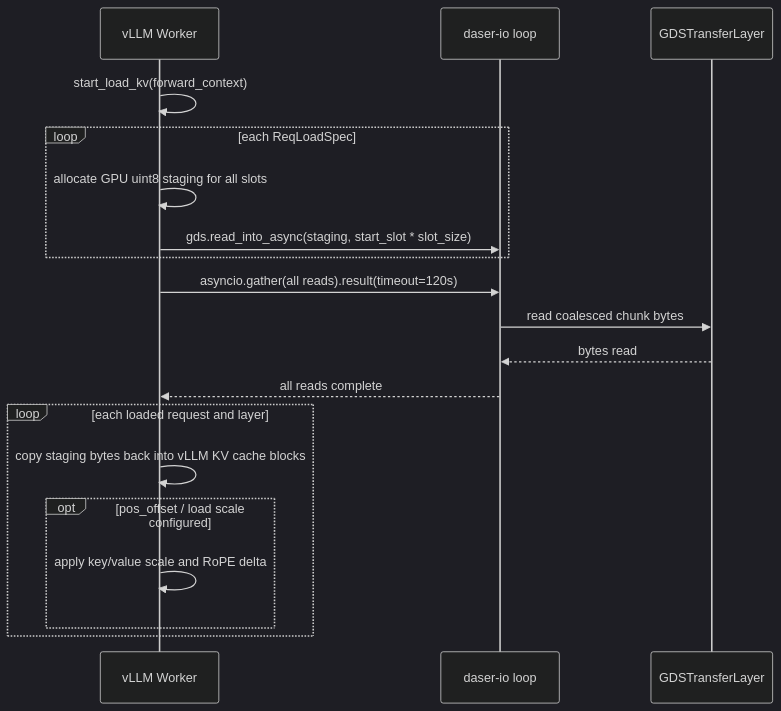
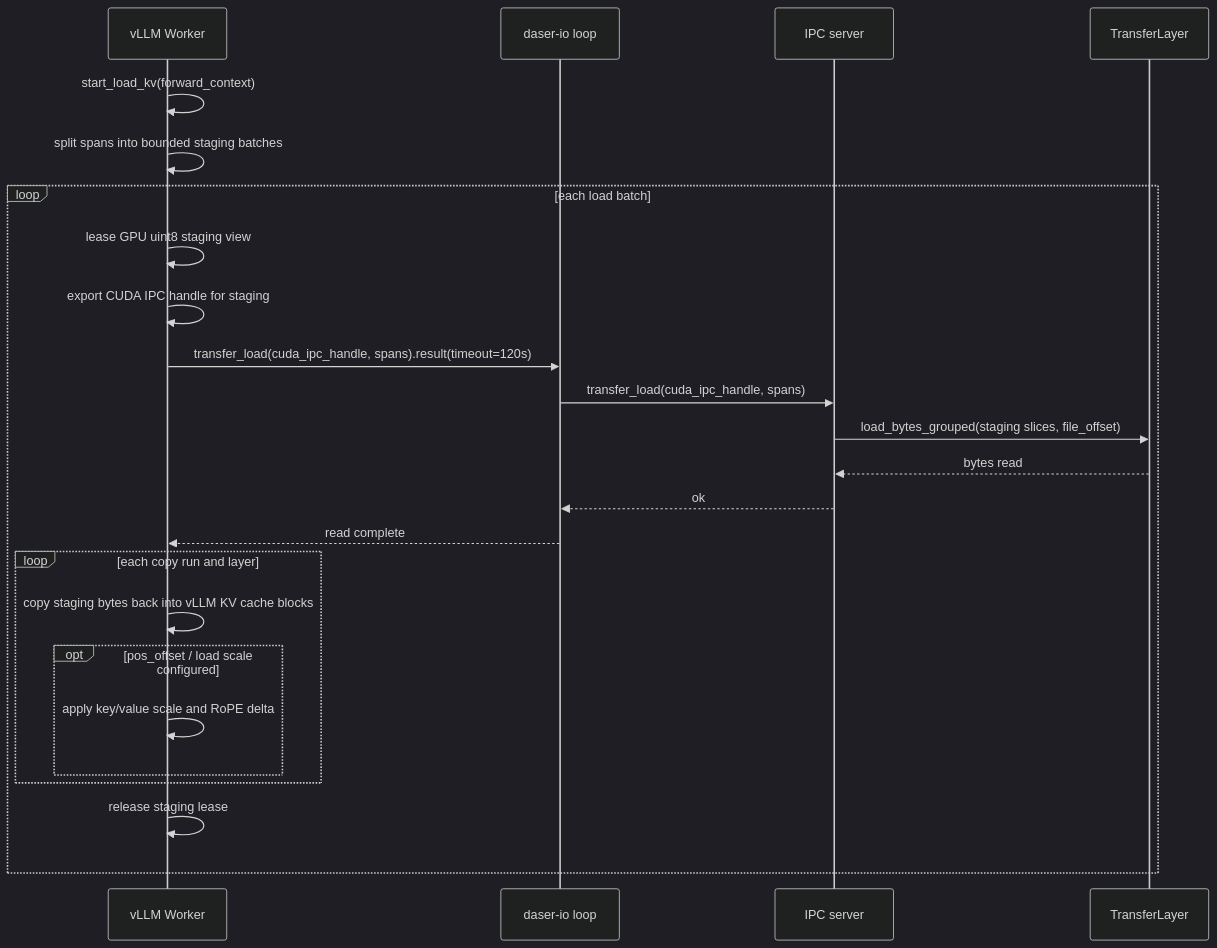
Before and after one commit to GentleCold/DaseR: the seventh of 8 diagrams in docs/design/flows.md, drawn with Mermaid (dark theme). The commit also changed other lines of this file and 49 other files, not shown here.

First line of the commit message:
feat(storage): add server-managed transfer layers (#44)

````diff
--- a/docs/design/flows.md
+++ b/docs/design/flows.md
@@ -174,22 +181,27 @@
 ```mermaid
 sequenceDiagram
     participant W as vLLM Worker
     participant BG as daser-io loop
-    participant GDS as GDSTransferLayer
+    participant IPC as IPC server
+    participant TL as TransferLayer
 
     W->>W: start_load_kv(forward_context)
-    loop each ReqLoadSpec
-        W->>W: allocate GPU uint8 staging for all slots
-        W->>BG: gds.read_into_async(staging, start_slot * slot_size)
-    end
-    W->>BG: asyncio.gather(all reads).result(timeout=120s)
-    BG->>GDS: read coalesced chunk bytes
-    GDS-->>BG: bytes read
-    BG-->>W: all reads complete
-    loop each loaded request and layer
-        W->>W: copy staging bytes back into vLLM KV cache blocks
-        opt pos_offset / load scale configured
-            W->>W: apply key/value scale and RoPE delta
+    W->>W: split spans into bounded staging batches
+    loop each load batch
+        W->>W: lease GPU uint8 staging view
+        W->>W: export CUDA IPC handle for staging
+        W->>BG: transfer_load(cuda_ipc_handle, spans).result(timeout=120s)
+        BG->>IPC: transfer_load(cuda_ipc_handle, spans)
+        IPC->>TL: load_bytes_grouped(staging slices, file_offset)
+        TL-->>IPC: bytes read
+        IPC-->>BG: ok
+        BG-->>W: read complete
+        loop each copy run and layer
+            W->>W: copy staging bytes back into vLLM KV cache blocks
+            opt pos_offset / load scale configured
+                W->>W: apply key/value scale and RoPE delta
+            end
         end
+        W->>W: release staging lease
     end
 ```
````
